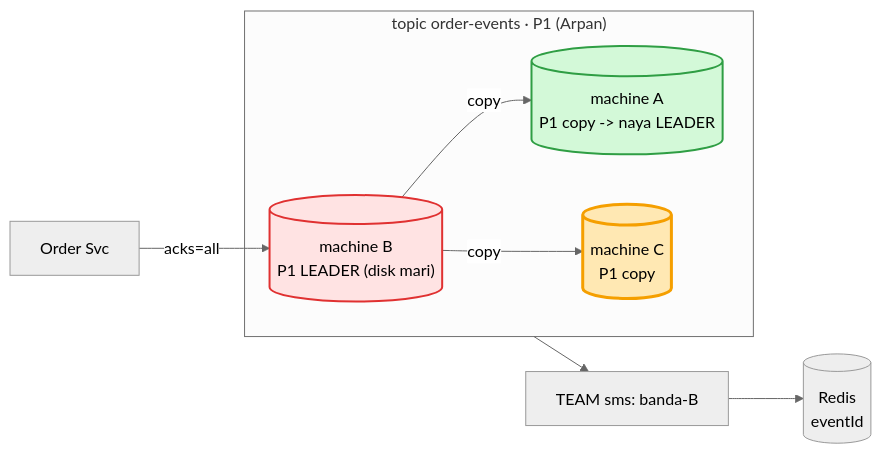
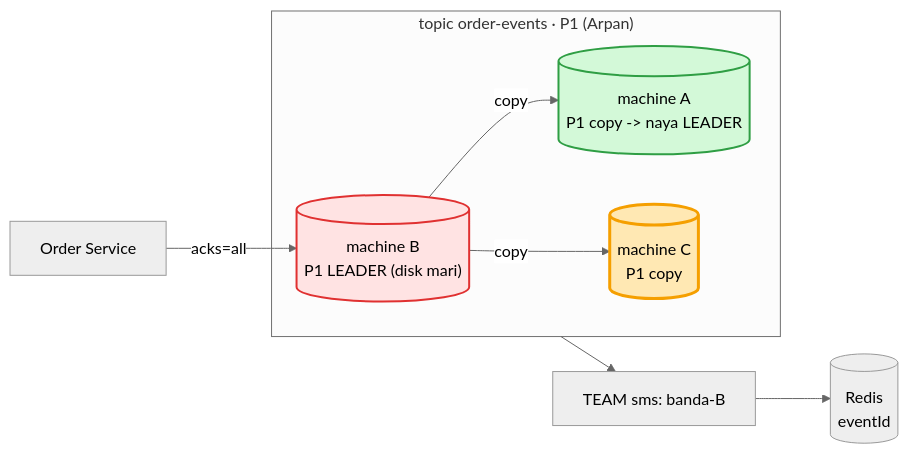
The sixth of 8 diagrams in 04_HLD/SYSTEM_DESIGNS/12_message_queue_kafka/kafka_concepts.md (ArpanMaheshwari144/Prep), drawn with Mermaid (neutral theme) before and after one commit. The commit also changed other lines of this file and 8 other files, not shown here.

````diff
--- a/04_HLD/SYSTEM_DESIGNS/12_message_queue_kafka/kafka_concepts.md
+++ b/04_HLD/SYSTEM_DESIGNS/12_message_queue_kafka/kafka_concepts.md
@@ -153,16 +153,16 @@
 ```mermaid
 flowchart LR
-    O["Order Svc"] -- "acks=all" --> L
+    O["Order Service"] -- "acks=all" --> L
     subgraph T["topic order-events · P1 (Arpan)"]
         L[("machine B<br/>P1 LEADER (disk mari)")]
         A[("machine A<br/>P1 copy -> naya LEADER")]
         C[("machine C<br/>P1 copy")]
     end
     L -- copy --> A
     L -- copy --> C
     T --> B["TEAM sms: banda-B"]
     B --> R[("Redis<br/>eventId")]
     style L fill:#ffe3e3,stroke:#e03131,stroke-width:2px,color:#000
     style A fill:#d3f9d8,stroke:#2f9e44,stroke-width:2px,color:#000
     style C fill:#ffe8b3,stroke:#f59f00,stroke-width:3px,color:#000
 ```
````
